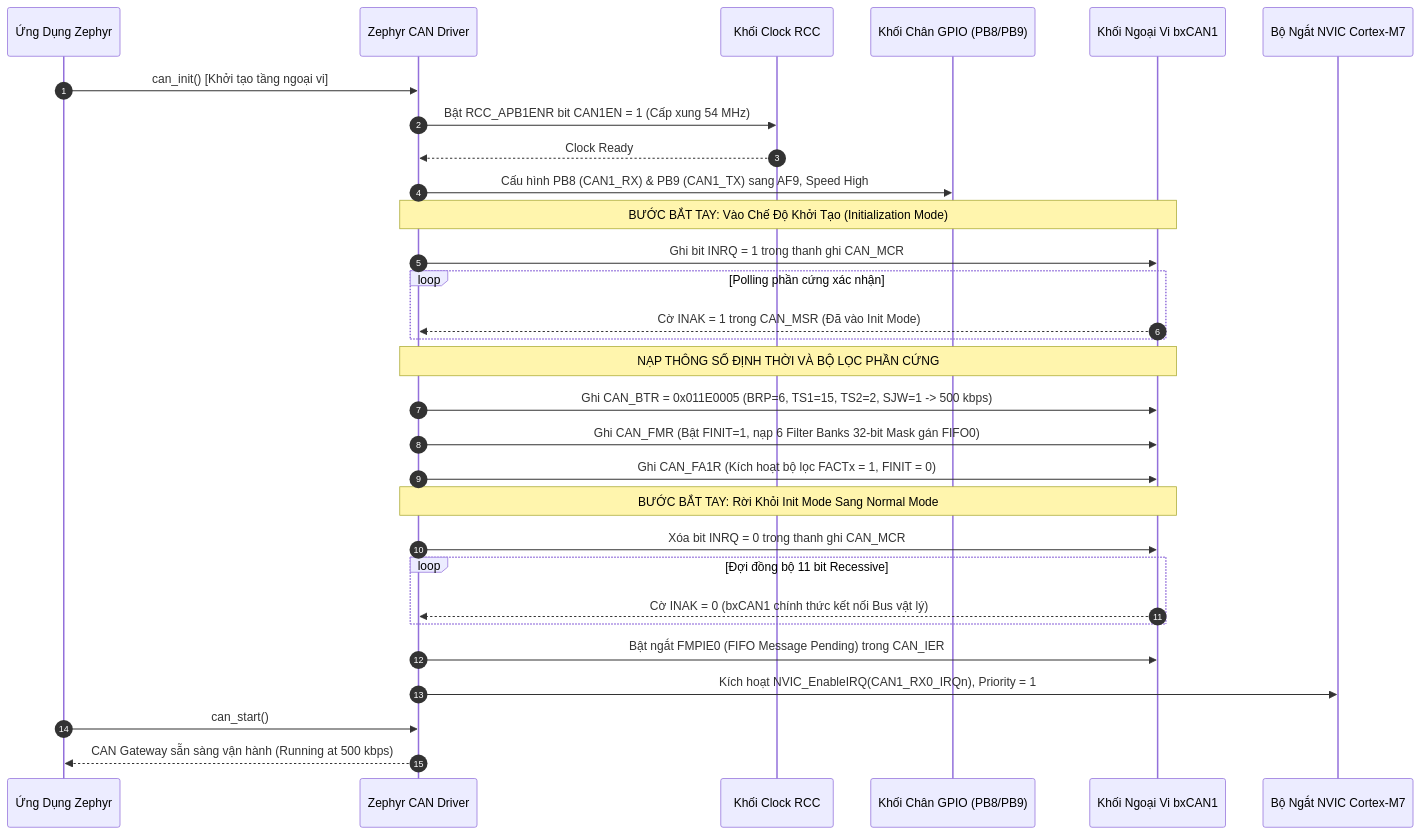
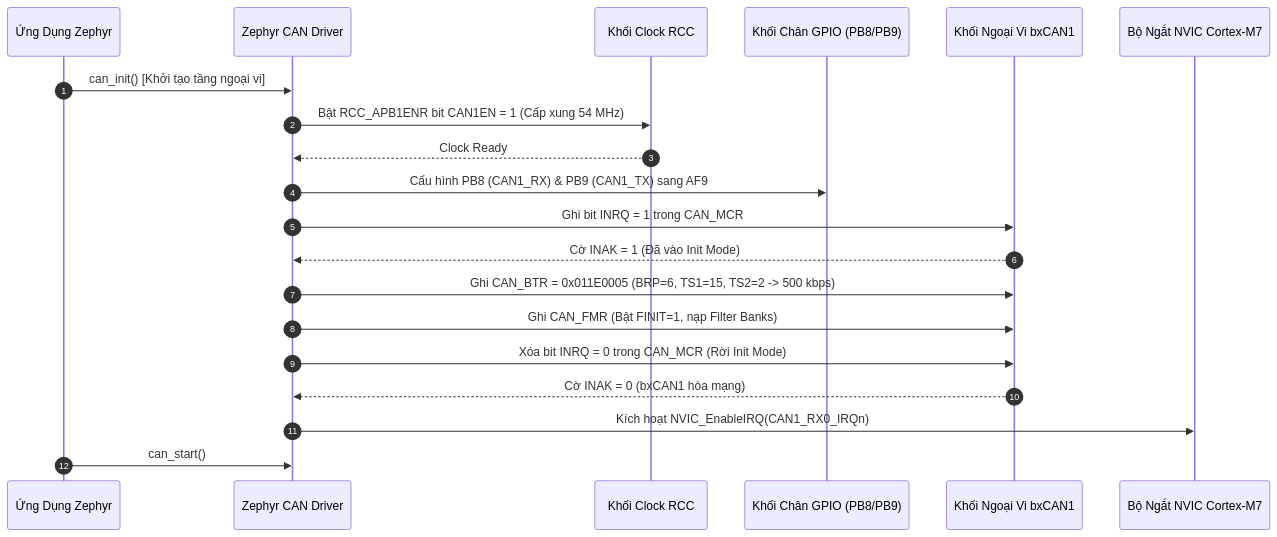
One commit to HuynhTran112/source changed the second of 4 diagrams in project1_can_gateway_interview.md. Above: the diagram before and after it, drawn with Mermaid. The commit also changed other lines of this file, not shown here.

````diff
--- a/project1_can_gateway_interview.md
+++ b/project1_can_gateway_interview.md
@@ -677,38 +545,23 @@
 ```mermaid
 sequenceDiagram
     autonumber
     participant App as Ứng Dụng Zephyr
     participant Z_CAN as Zephyr CAN Driver
     participant RCC as Khối Clock RCC
     participant GPIO as Khối Chân GPIO (PB8/PB9)
     participant bxCAN as Khối Ngoại Vi bxCAN1
     participant NVIC as Bộ Ngắt NVIC Cortex-M7
 
     App->>Z_CAN: can_init() [Khởi tạo tầng ngoại vi]
     Z_CAN->>RCC: Bật RCC_APB1ENR bit CAN1EN = 1 (Cấp xung 54 MHz)
     RCC-->>Z_CAN: Clock Ready
-    
-    Z_CAN->>GPIO: Cấu hình PB8 (CAN1_RX) & PB9 (CAN1_TX) sang AF9, Speed High
-    
-    Note over Z_CAN,bxCAN: BƯỚC BẮT TAY: Vào Chế Độ Khởi Tạo (Initialization Mode)
-    Z_CAN->>bxCAN: Ghi bit INRQ = 1 trong thanh ghi CAN_MCR
-    loop Polling phần cứng xác nhận
-        bxCAN-->>Z_CAN: Cờ INAK = 1 trong CAN_MSR (Đã vào Init Mode)
-    end
-    
-    Note over Z_CAN,bxCAN: NẠP THÔNG SỐ ĐỊNH THỜI VÀ BỘ LỌC PHẦN CỨNG
-    Z_CAN->>bxCAN: Ghi CAN_BTR = 0x011E0005 (BRP=6, TS1=15, TS2=2, SJW=1 -> 500 kbps)
-    Z_CAN->>bxCAN: Ghi CAN_FMR (Bật FINIT=1, nạp 6 Filter Banks 32-bit Mask gán FIFO0)
-    Z_CAN->>bxCAN: Ghi CAN_FA1R (Kích hoạt bộ lọc FACTx = 1, FINIT = 0)
-    
-    Note over Z_CAN,bxCAN: BƯỚC BẮT TAY: Rời Khỏi Init Mode Sang Normal Mode
-    Z_CAN->>bxCAN: Xóa bit INRQ = 0 trong thanh ghi CAN_MCR
-    loop Đợi đồng bộ 11 bit Recessive
-        bxCAN-->>Z_CAN: Cờ INAK = 0 (bxCAN1 chính thức kết nối Bus vật lý)
-    end
-    
-    Z_CAN->>bxCAN: Bật ngắt FMPIE0 (FIFO Message Pending) trong CAN_IER
-    Z_CAN->>NVIC: Kích hoạt NVIC_EnableIRQ(CAN1_RX0_IRQn), Priority = 1
+    Z_CAN->>GPIO: Cấu hình PB8 (CAN1_RX) & PB9 (CAN1_TX) sang AF9
+    Z_CAN->>bxCAN: Ghi bit INRQ = 1 trong CAN_MCR
+    bxCAN-->>Z_CAN: Cờ INAK = 1 (Đã vào Init Mode)
+    Z_CAN->>bxCAN: Ghi CAN_BTR = 0x011E0005 (BRP=6, TS1=15, TS2=2 -> 500 kbps)
+    Z_CAN->>bxCAN: Ghi CAN_FMR (Bật FINIT=1, nạp Filter Banks)
+    Z_CAN->>bxCAN: Xóa bit INRQ = 0 trong CAN_MCR (Rời Init Mode)
+    bxCAN-->>Z_CAN: Cờ INAK = 0 (bxCAN1 hòa mạng)
+    Z_CAN->>NVIC: Kích hoạt NVIC_EnableIRQ(CAN1_RX0_IRQn)
     App->>Z_CAN: can_start()
-    Z_CAN-->>App: CAN Gateway sẵn sàng vận hành (Running at 500 kbps)
 ```
````
